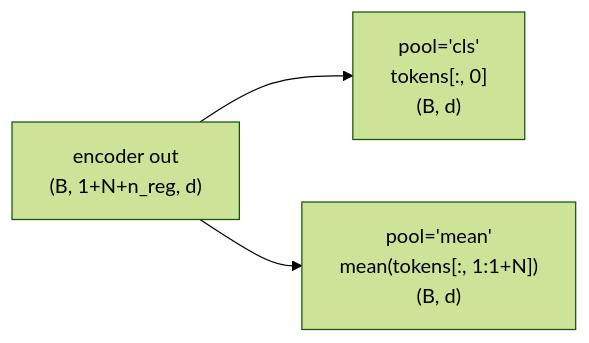
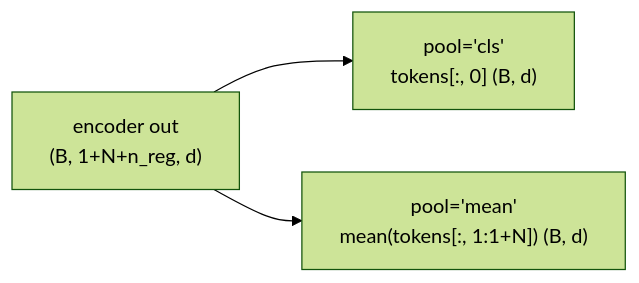
Before and after one commit to tanmaniac/nanovision: the third of 4 diagrams in assignments/a02_vit/README.md, drawn with Mermaid (forest theme). The commit also changed other lines of this file and 68 other files, not shown here.

````diff
--- a/assignments/a02_vit/README.md
+++ b/assignments/a02_vit/README.md
@@ -157,5 +123,5 @@
 ```mermaid
 flowchart LR
-    T["encoder out<br/>(B, 1+N+n_reg, d)"] --> CLSP["pool='cls'<br/>tokens[:, 0]<br/>(B, d)"]
-    T --> MP["pool='mean'<br/>mean(tokens[:, 1:1+N])<br/>(B, d)"]
+    T["encoder out<br/>(B, 1+N+n_reg, d)"] --> CLSP["pool='cls'<br/>tokens[:, 0] (B, d)"]
+    T --> MP["pool='mean'<br/>mean(tokens[:, 1:1+N]) (B, d)"]
 ```
````
